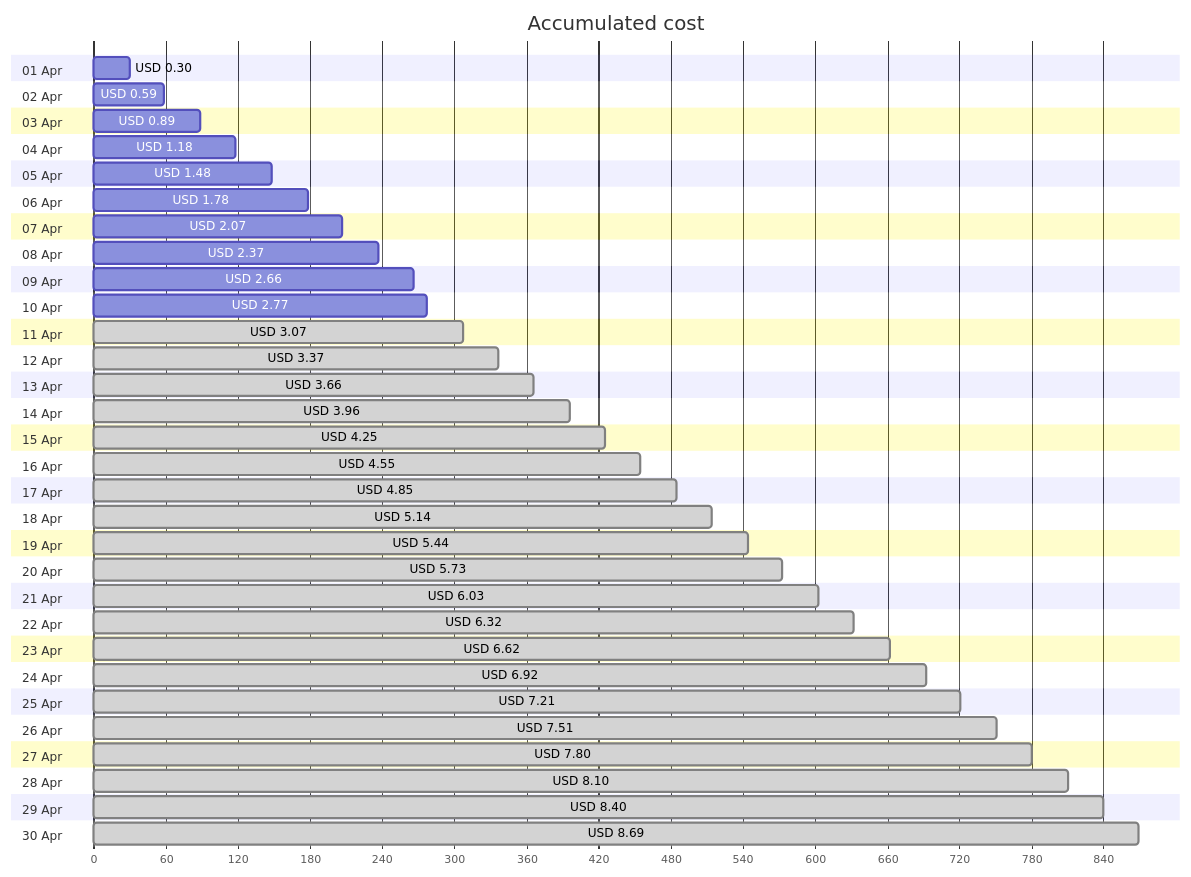
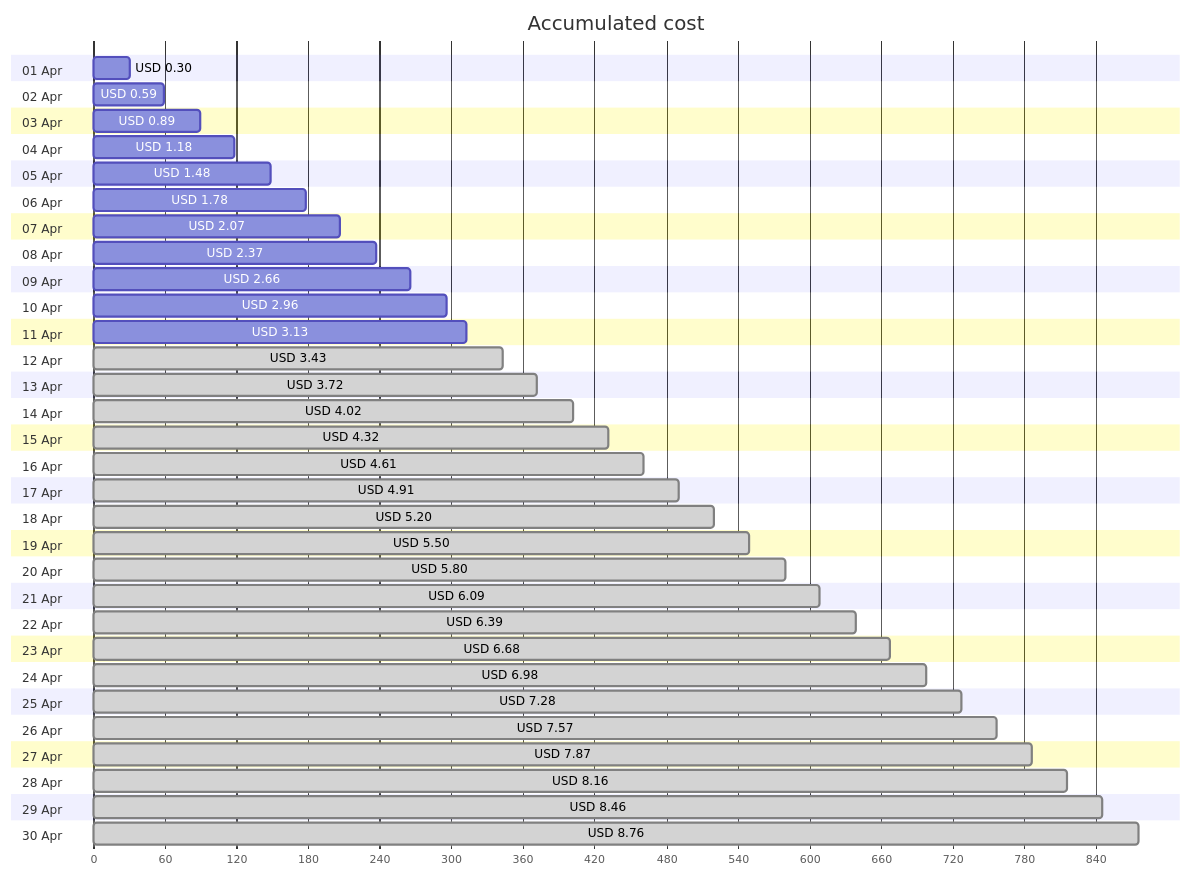
Before and after one commit to jpfulton/azure-personal-reports: the first of 4 diagrams in cost-reports/personal-site/personal-site-preview.md, drawn with Mermaid. The commit also changed other lines of this file and 7 other files, not shown here.

````diff
--- a/cost-reports/personal-site/personal-site-preview.md
+++ b/cost-reports/personal-site/personal-site-preview.md
@@ -20,66 +20,66 @@
 ```mermaid
 gantt
    title Accumulated cost
    dateFormat  X
    axisFormat %s
    section 01 Apr
    USD 0.30 :0, 30
    section 02 Apr
    USD 0.59 :0, 59
    section 03 Apr
    USD 0.89 :0, 89
    section 04 Apr
    USD 1.18 :0, 118
    section 05 Apr
    USD 1.48 :0, 148
    section 06 Apr
    USD 1.78 :0, 178
    section 07 Apr
    USD 2.07 :0, 207
    section 08 Apr
    USD 2.37 :0, 237
    section 09 Apr
    USD 2.66 :0, 266
    section 10 Apr
-   USD 2.77 :0, 277
+   USD 2.96 :0, 296
    section 11 Apr
-   USD 3.07 : done, 0, 307
+   USD 3.13 :0, 313
    section 12 Apr
-   USD 3.37 : done, 0, 337
+   USD 3.43 : done, 0, 343
    section 13 Apr
-   USD 3.66 : done, 0, 366
+   USD 3.72 : done, 0, 372
    section 14 Apr
-   USD 3.96 : done, 0, 396
+   USD 4.02 : done, 0, 402
    section 15 Apr
-   USD 4.25 : done, 0, 425
+   USD 4.32 : done, 0, 432
    section 16 Apr
-   USD 4.55 : done, 0, 455
+   USD 4.61 : done, 0, 461
    section 17 Apr
-   USD 4.85 : done, 0, 485
+   USD 4.91 : done, 0, 491
    section 18 Apr
-   USD 5.14 : done, 0, 514
+   USD 5.20 : done, 0, 520
    section 19 Apr
-   USD 5.44 : done, 0, 544
+   USD 5.50 : done, 0, 550
    section 20 Apr
-   USD 5.73 : done, 0, 573
+   USD 5.80 : done, 0, 580
    section 21 Apr
-   USD 6.03 : done, 0, 603
+   USD 6.09 : done, 0, 609
    section 22 Apr
-   USD 6.32 : done, 0, 632
+   USD 6.39 : done, 0, 639
    section 23 Apr
-   USD 6.62 : done, 0, 662
+   USD 6.68 : done, 0, 668
    section 24 Apr
-   USD 6.92 : done, 0, 692
+   USD 6.98 : done, 0, 698
    section 25 Apr
-   USD 7.21 : done, 0, 721
+   USD 7.28 : done, 0, 728
    section 26 Apr
-   USD 7.51 : done, 0, 751
+   USD 7.57 : done, 0, 757
    section 27 Apr
-   USD 7.80 : done, 0, 780
+   USD 7.87 : done, 0, 787
    section 28 Apr
-   USD 8.10 : done, 0, 810
+   USD 8.16 : done, 0, 816
    section 29 Apr
-   USD 8.40 : done, 0, 840
+   USD 8.46 : done, 0, 846
    section 30 Apr
-   USD 8.69 : done, 0, 869
+   USD 8.76 : done, 0, 876
 ```
````
